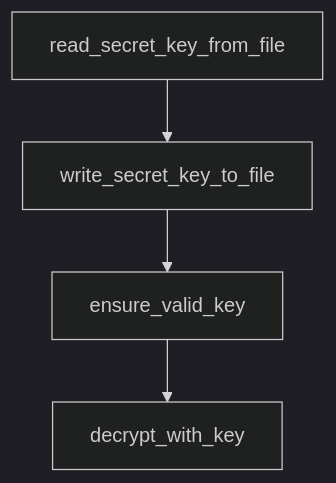
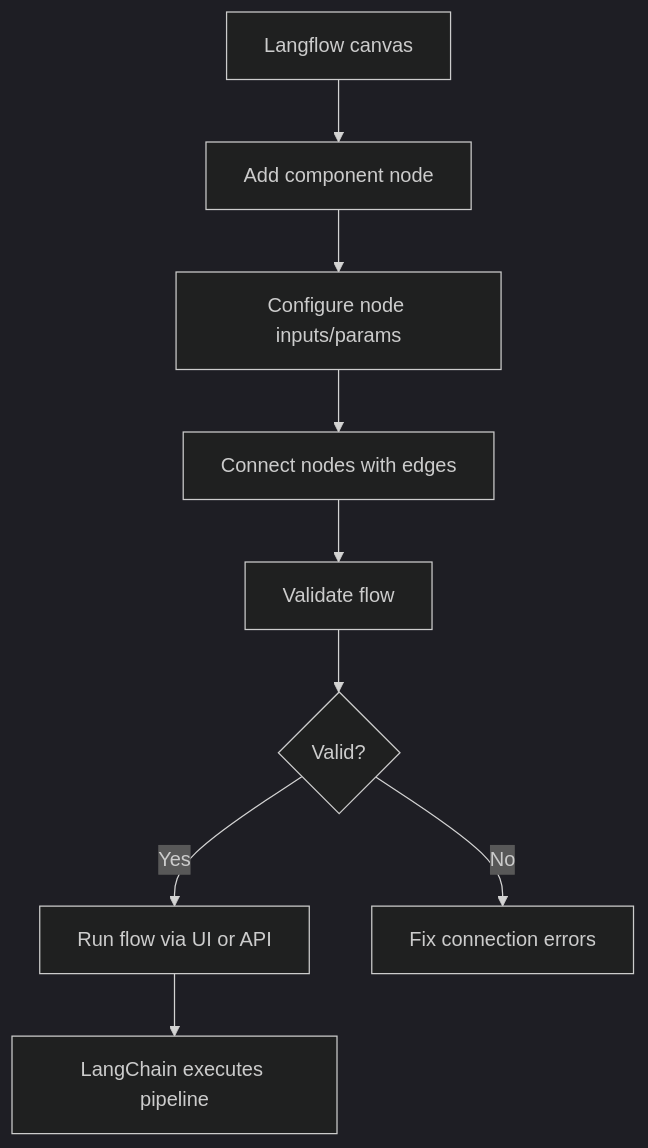
One commit to johnxie/awesome-code-docs changed the diagram in tutorials/langflow-tutorial/03-visual-flow-builder.md. Above: the diagram before and after it, drawn with Mermaid (dark theme). The commit also changed other lines of this file and 1232 other files, not shown here.

````diff
--- a/tutorials/langflow-tutorial/03-visual-flow-builder.md
+++ b/tutorials/langflow-tutorial/03-visual-flow-builder.md
@@ -212,10 +43,11 @@
 ```mermaid
 flowchart TD
-    A[read_secret_key_from_file]
-    B[write_secret_key_to_file]
-    C[ensure_valid_key]
-    D[decrypt_with_key]
-    A --> B
-    B --> C
-    C --> D
+    A[Langflow canvas] --> B[Add component node]
+    B --> C[Configure node inputs/params]
+    C --> D[Connect nodes with edges]
+    D --> E[Validate flow]
+    E --> F{Valid?}
+    F -->|Yes| G[Run flow via UI or API]
+    F -->|No| H[Fix connection errors]
+    G --> I[LangChain executes pipeline]
 ```
````
